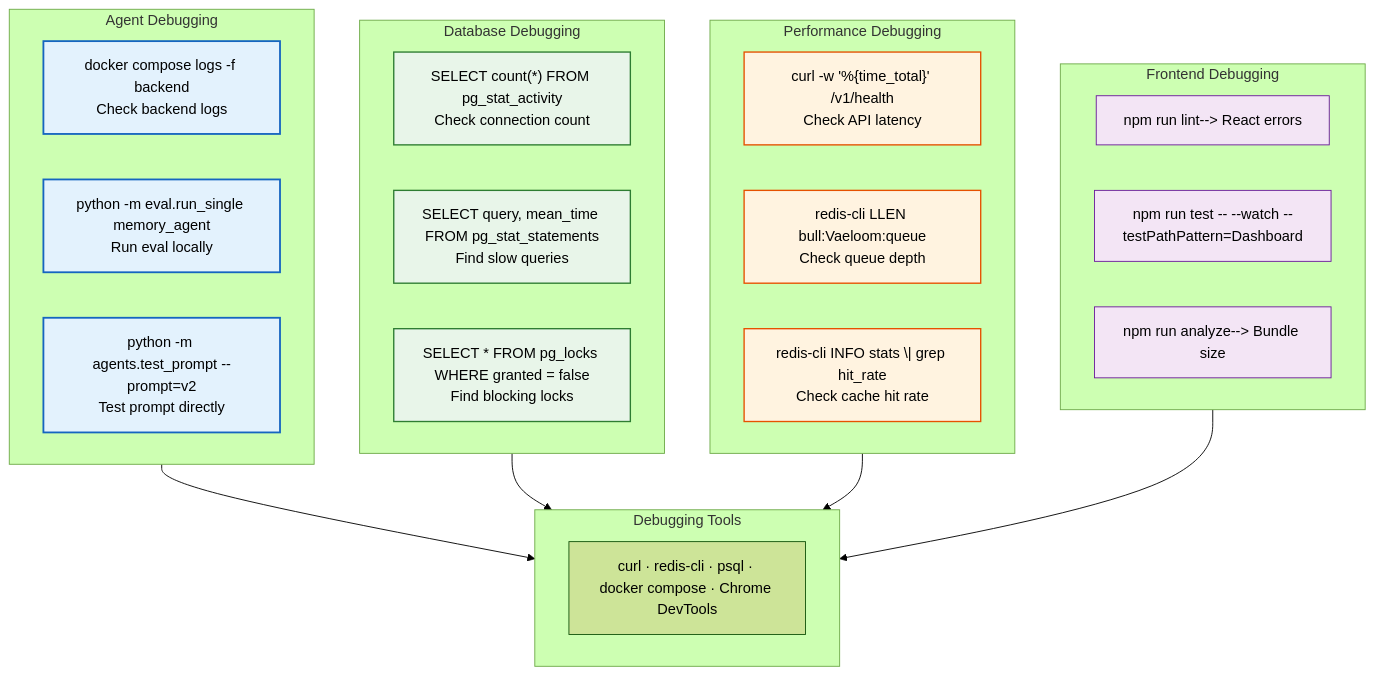
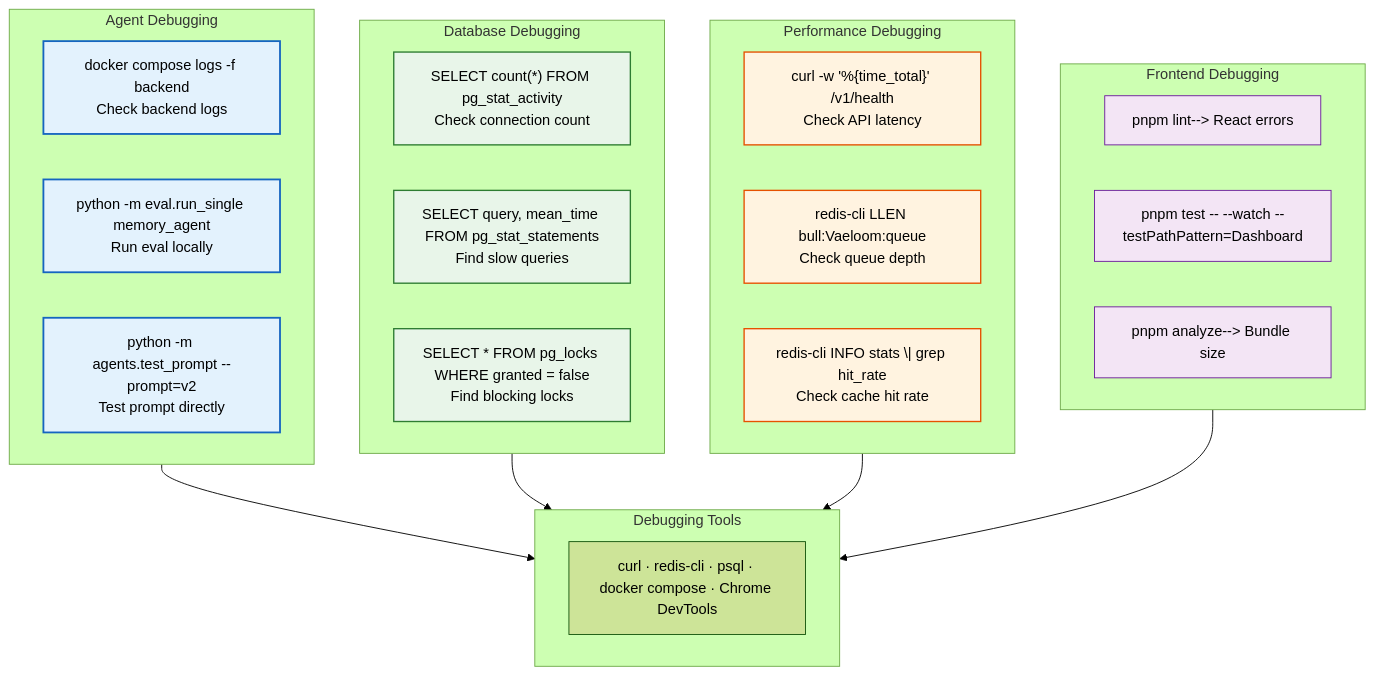
Before and after one commit to Driftloom/Vaeloom: the diagram in docs/developer-experience/Debugging.md, drawn with Mermaid (forest theme). The commit also changed other lines of this file and 29 other files, not shown here.

````diff
--- a/docs/developer-experience/Debugging.md
+++ b/docs/developer-experience/Debugging.md
@@ -7,43 +7,43 @@
 ```mermaid
 graph TD
  classDef agent fill:#e3f2fd,stroke:#1565c0,color:#000,stroke-width:2px
  classDef db fill:#e8f5e9,stroke:#2e7d32,color:#000,stroke-width:1.5px
  classDef perf fill:#fff3e0,stroke:#e65100,color:#000,stroke-width:1.5px
  classDef frontend fill:#f3e5f5,stroke:#6a1b9a,color:#000,stroke-width:1px
 
  subgraph Agent["Agent Debugging"]
  A1["docker compose logs -f backend<br/>Check backend logs"]
  A2["python -m eval.run_single memory_agent<br/>Run eval locally"]
  A3["python -m agents.test_prompt --prompt=v2<br/>Test prompt directly"]
  end
 
  subgraph Database["Database Debugging"]
  D1["SELECT count(*) FROM pg_stat_activity<br/>Check connection count"]
  D2["SELECT query, mean_time FROM pg_stat_statements<br/>Find slow queries"]
  D3["SELECT * FROM pg_locks WHERE granted = false<br/>Find blocking locks"]
  end
 
  subgraph Performance["Performance Debugging"]
  P1["curl -w '%{time_total}' /v1/health<br/>Check API latency"]
  P2["redis-cli LLEN bull:Vaeloom:queue<br/>Check queue depth"]
  P3["redis-cli INFO stats \| grep hit_rate<br/>Check cache hit rate"]
  end
 
  subgraph Frontend["Frontend Debugging"]
- F1["npm run lint--> React errors"]
- F2["npm run test -- --watch --testPathPattern=Dashboard"]
- F3["npm run analyze--> Bundle size"]
+  F1["pnpm lint--> React errors"]
+  F2["pnpm test -- --watch --testPathPattern=Dashboard"]
+  F3["pnpm analyze--> Bundle size"]
  end
 
  subgraph Tools["Debugging Tools"]
  T1["curl · redis-cli · psql · docker compose · Chrome DevTools"]
  end
 
  Agent & Database & Performance & Frontend--> Tools
 
  class A1,A2,A3 agent
  class D1,D2,D3 db
  class P1,P2,P3 perf
  class F1,F2,F3 frontend
  class T1 tools
 ```
````
